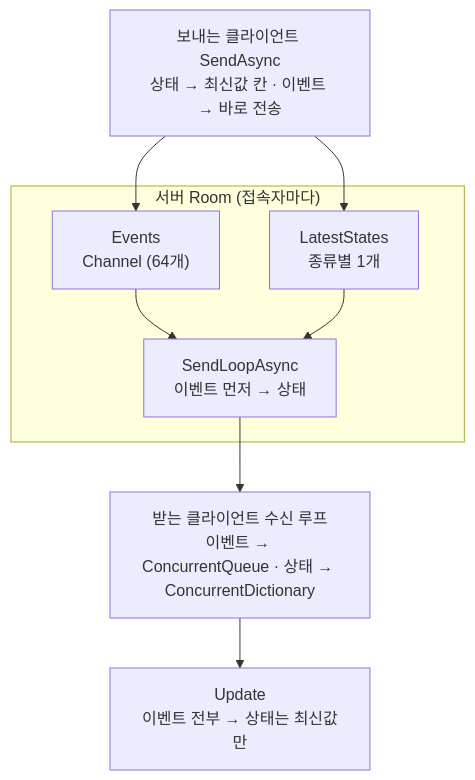
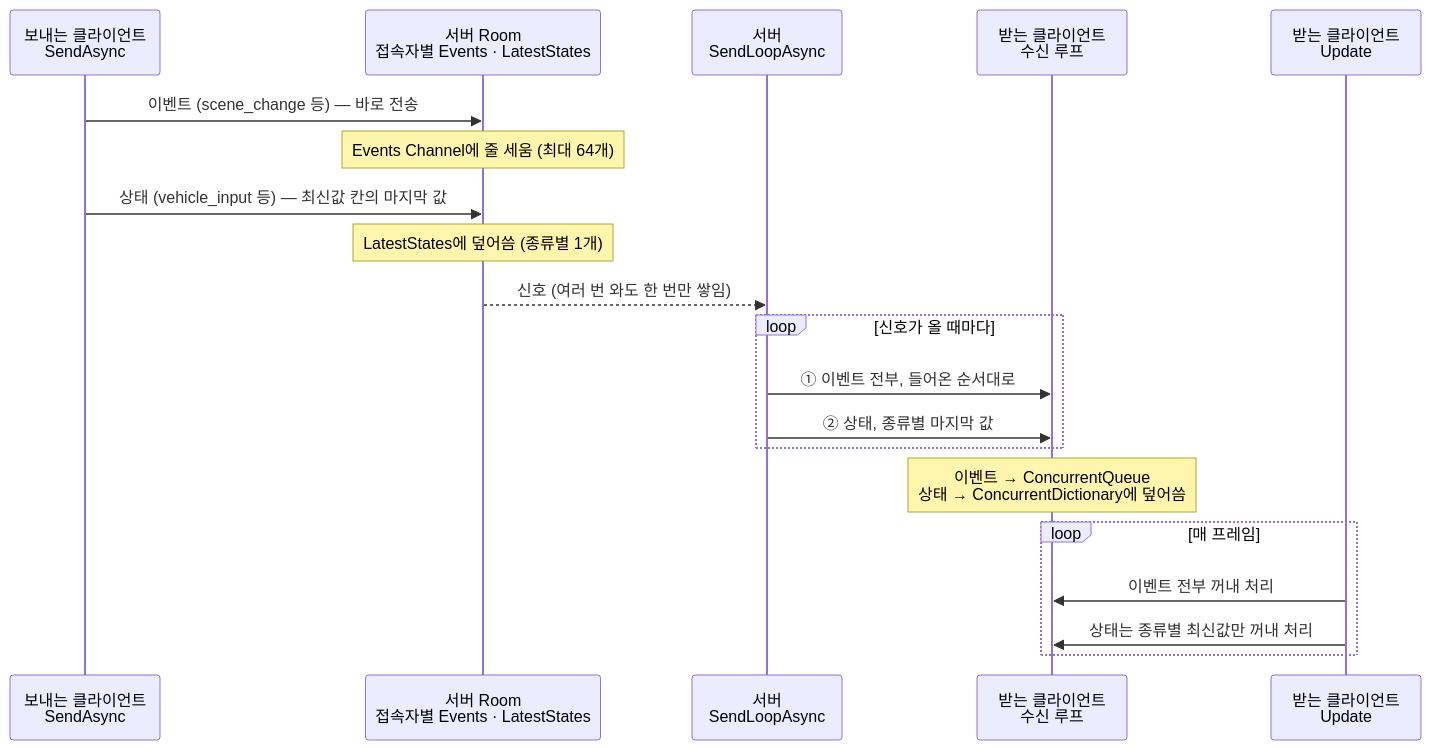
Before and after one commit to Lets-Gitit/portfolio: the fourth of 5 diagrams in src/3-Thief/프로젝트문서.md, drawn with Mermaid. The commit also changed other lines of this file and 1 other file, not shown here.

Commit message:
BossAttack 코드 스니펫 추가

````diff
--- a/src/3-Thief/프로젝트문서.md
+++ b/src/3-Thief/프로젝트문서.md
@@ -305,17 +305,23 @@
 ```mermaid
-flowchart TB
-    S1["보내는 클라이언트 SendAsync<br/>상태 → 최신값 칸 · 이벤트 → 바로 전송"]
-    subgraph SV["서버 Room (접속자마다)"]
-        Q1["Events<br/>Channel (64개)"]
-        Q2["LatestStates<br/>종류별 1개"]
-        L["SendLoopAsync<br/>이벤트 먼저 → 상태"]
-        Q1 --> L
-        Q2 --> L
+sequenceDiagram
+    participant A as 보내는 클라이언트<br/>SendAsync
+    participant R as 서버 Room<br/>접속자별 Events · LatestStates
+    participant L as 서버<br/>SendLoopAsync
+    participant B as 받는 클라이언트<br/>수신 루프
+    participant U as 받는 클라이언트<br/>Update
+
+    A->>R: 이벤트 (scene_change 등) — 바로 전송
+    Note over R: Events Channel에 줄 세움 (최대 64개)
+    A->>R: 상태 (vehicle_input 등) — 최신값 칸의 마지막 값
+    Note over R: LatestStates에 덮어씀 (종류별 1개)
+    R-->>L: 신호 (여러 번 와도 한 번만 쌓임)
+    loop 신호가 올 때마다
+        L->>B: ① 이벤트 전부, 들어온 순서대로
+        L->>B: ② 상태, 종류별 마지막 값
     end
-    R1["받는 클라이언트 수신 루프<br/>이벤트 → ConcurrentQueue · 상태 → ConcurrentDictionary"]
-    U["Update<br/>이벤트 전부 → 상태는 최신값만"]
-    S1 --> Q1
-    S1 --> Q2
-    L --> R1
-    R1 --> U
+    Note over B: 이벤트 → ConcurrentQueue<br/>상태 → ConcurrentDictionary에 덮어씀
+    loop 매 프레임
+        U->>B: 이벤트 전부 꺼내 처리
+        U->>B: 상태는 종류별 최신값만 꺼내 처리
+    end
 ```
````
